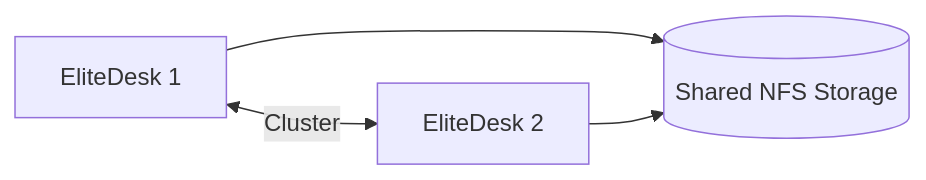
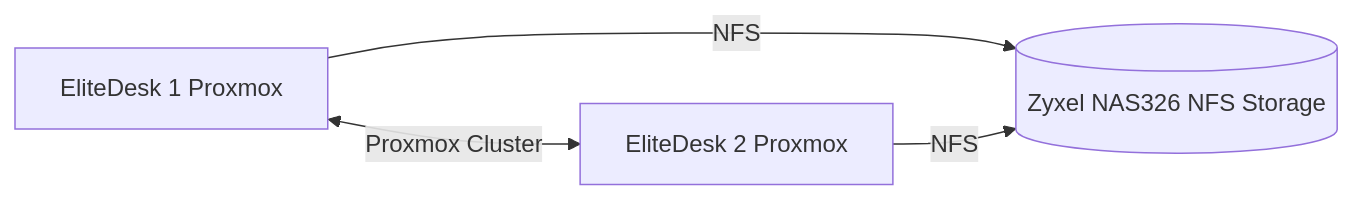
The second of 3 diagrams in docs/architecture.md (Tearstone/tearstone-homelab), drawn with Mermaid before and after one commit. The commit also changed other lines of this file, not shown here.

````diff
--- a/docs/architecture.md
+++ b/docs/architecture.md
@@ -25,13 +39,13 @@
 ```mermaid
 graph LR
 
-NAS[(Shared NFS Storage)]
+    NAS[(Zyxel NAS326  NFS Storage)]
 
-Node1[EliteDesk 1]
-Node2[EliteDesk 2]
+    Node1["EliteDesk 1  Proxmox"]
+    Node2["EliteDesk 2  Proxmox"]
 
-Node1 <-- Cluster --> Node2
+    Node1 <-->|Proxmox Cluster| Node2
 
-Node1 --> NAS
-Node2 --> NAS
+    Node1 -->|NFS| NAS
+    Node2 -->|NFS| NAS
 ```
````
